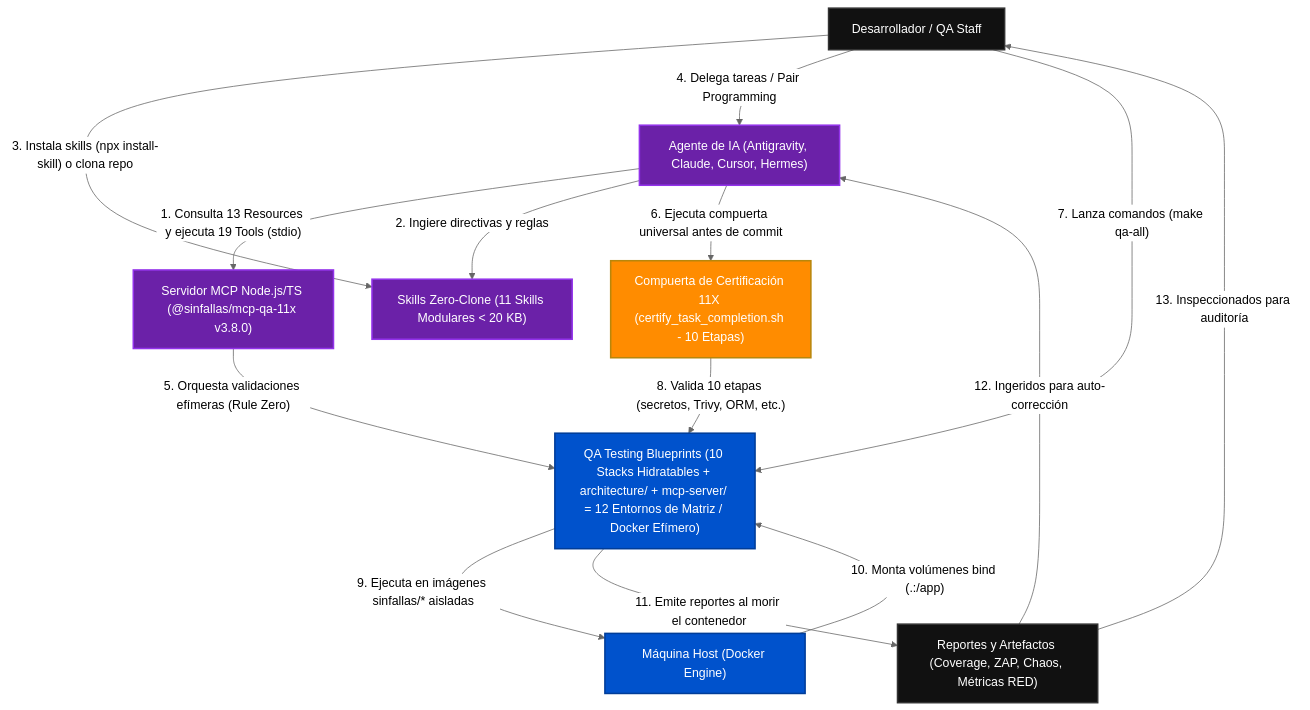
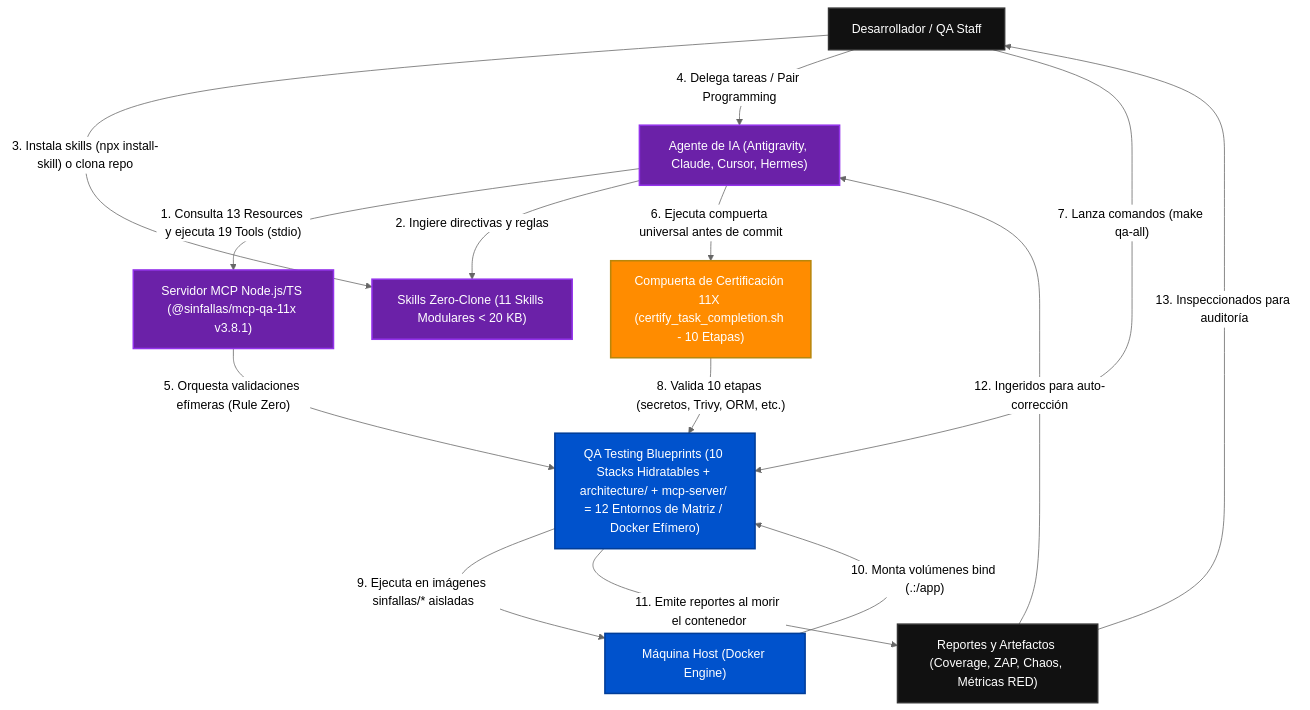
Before and after one commit to tecno-consultores/qa-testing-blueprints: the first of 3 diagrams in docs/ARCHITECTURE_C4.es.md, drawn with Mermaid (neutral theme). The commit also changed 49 other files, not shown here.

````diff
--- a/docs/ARCHITECTURE_C4.es.md
+++ b/docs/ARCHITECTURE_C4.es.md
@@ -12,33 +12,33 @@
 ```mermaid
 flowchart TD
     Human["Desarrollador / QA Staff"]
     Agent["Agente de IA (Antigravity, Claude, Cursor, Hermes)"]
-    MCP["Servidor MCP Node.js/TS (@sinfallas/mcp-qa-11x v3.8.0)"]
+    MCP["Servidor MCP Node.js/TS (@sinfallas/mcp-qa-11x v3.8.1)"]
     Skill["Skills Zero-Clone (11 Skills Modulares < 20 KB)"]
     Gate["Compuerta de Certificación 11X (certify_task_completion.sh - 10 Etapas)"]
     QA["QA Testing Blueprints (10 Stacks Hidratables + architecture/ + mcp-server/ = 12 Entornos de Matriz / Docker Efímero)"]
     Host["Máquina Host (Docker Engine)"]
     Reports["Reportes y Artefactos (Coverage, ZAP, Chaos, Métricas RED)"]
 
     Agent -->|"1. Consulta 13 Resources y ejecuta 19 Tools (stdio)"| MCP
     Agent -->|"2. Ingiere directivas y reglas"| Skill
     Human -->|"3. Instala skills (npx install-skill) o clona repo"| Skill
     Human -->|"4. Delega tareas / Pair Programming"| Agent
     MCP -->|"5. Orquesta validaciones efímeras (Rule Zero)"| QA
     Agent -->|"6. Ejecuta compuerta universal antes de commit"| Gate
     Human -->|"7. Lanza comandos (make qa-all)"| QA
     Gate -->|"8. Valida 10 etapas (secretos, Trivy, ORM, etc.)"| QA
     QA -->|"9. Ejecuta en imágenes sinfallas/* aisladas"| Host
     Host -->|"10. Monta volúmenes bind (.:/app)"| QA
     QA -->|"11. Emite reportes al morir el contenedor"| Reports
     Reports -->|"12. Ingeridos para auto-corrección"| Agent
     Reports -->|"13. Inspeccionados para auditoría"| Human
 
     classDef default fill:#111,stroke:#333,stroke-width:2px,color:#fff;
     classDef highlight fill:#0052cc,stroke:#003d99,stroke-width:2px,color:#fff;
     classDef barrier fill:#ff8c00,stroke:#b8860b,stroke-width:2px,color:#fff;
     classDef ai fill:#6b21a8,stroke:#9333ea,stroke-width:2px,color:#fff;
     class QA,Host highlight;
     class Gate barrier;
     class Agent,MCP,Skill ai;
 ```
````
